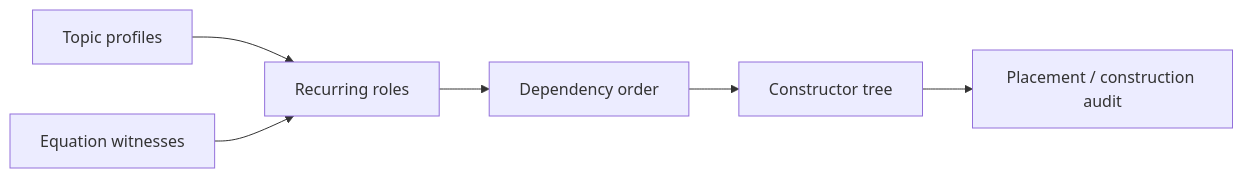
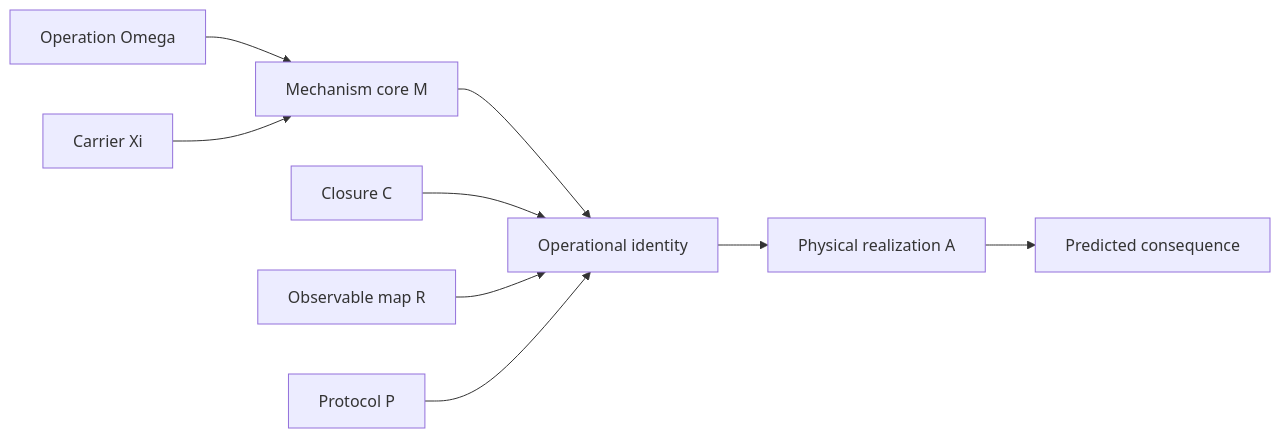
Before and after one commit to synthetix-institute/morphwiki: the diagram in docs/tutorial/04_constructor_spine.md, drawn with Mermaid. The commit also changed other lines of this file and 179 other files, not shown here.

````diff
--- a/docs/tutorial/04_constructor_spine.md
+++ b/docs/tutorial/04_constructor_spine.md
@@ -35,8 +36,11 @@
 ```mermaid
 flowchart LR
-    P["Topic profiles"] --> R["Recurring roles"]
-    W["Equation witnesses"] --> R
-    R --> D["Dependency order"]
-    D --> T["Constructor tree"]
-    T --> A["Placement / construction audit"]
+    O["Operation Omega"] --> M["Mechanism core M"]
+    X["Carrier Xi"] --> M
+    M --> I["Operational identity"]
+    C["Closure C"] --> I
+    R["Observable map R"] --> I
+    P["Protocol P"] --> I
+    I --> A["Physical realization A"]
+    A --> Y["Predicted consequence"]
 ```
````
